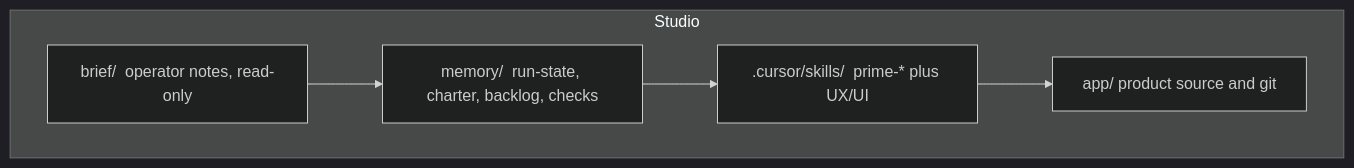
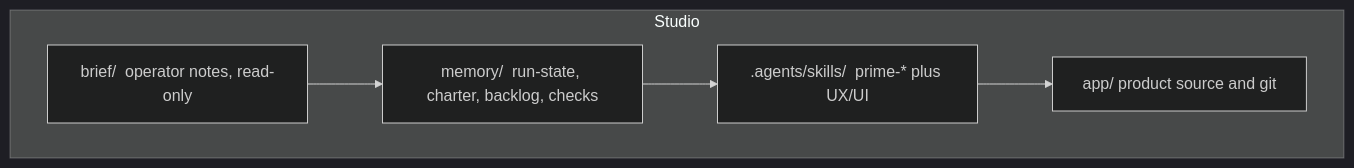
Before and after one commit to AlessandroAnnini/agentic-loop-prime: the second of 5 diagrams in docs/how-it-works.md, drawn with Mermaid (dark theme). The commit also changed other lines of this file and 32 other files, not shown here.

````diff
--- a/docs/how-it-works.md
+++ b/docs/how-it-works.md
@@ -36,13 +36,13 @@
 ```mermaid
 flowchart TB
   subgraph studio ["Studio"]
     brief["brief/  operator notes, read-only"]
     memory["memory/  run-state, charter, backlog, checks"]
     app["app/  product source and git"]
-    skills[".cursor/skills/  prime-* plus UX/UI"]
+    skills[".agents/skills/  prime-* plus UX/UI"]
   end
 
   brief --> memory
   memory --> skills
   skills --> app
 ```
````
